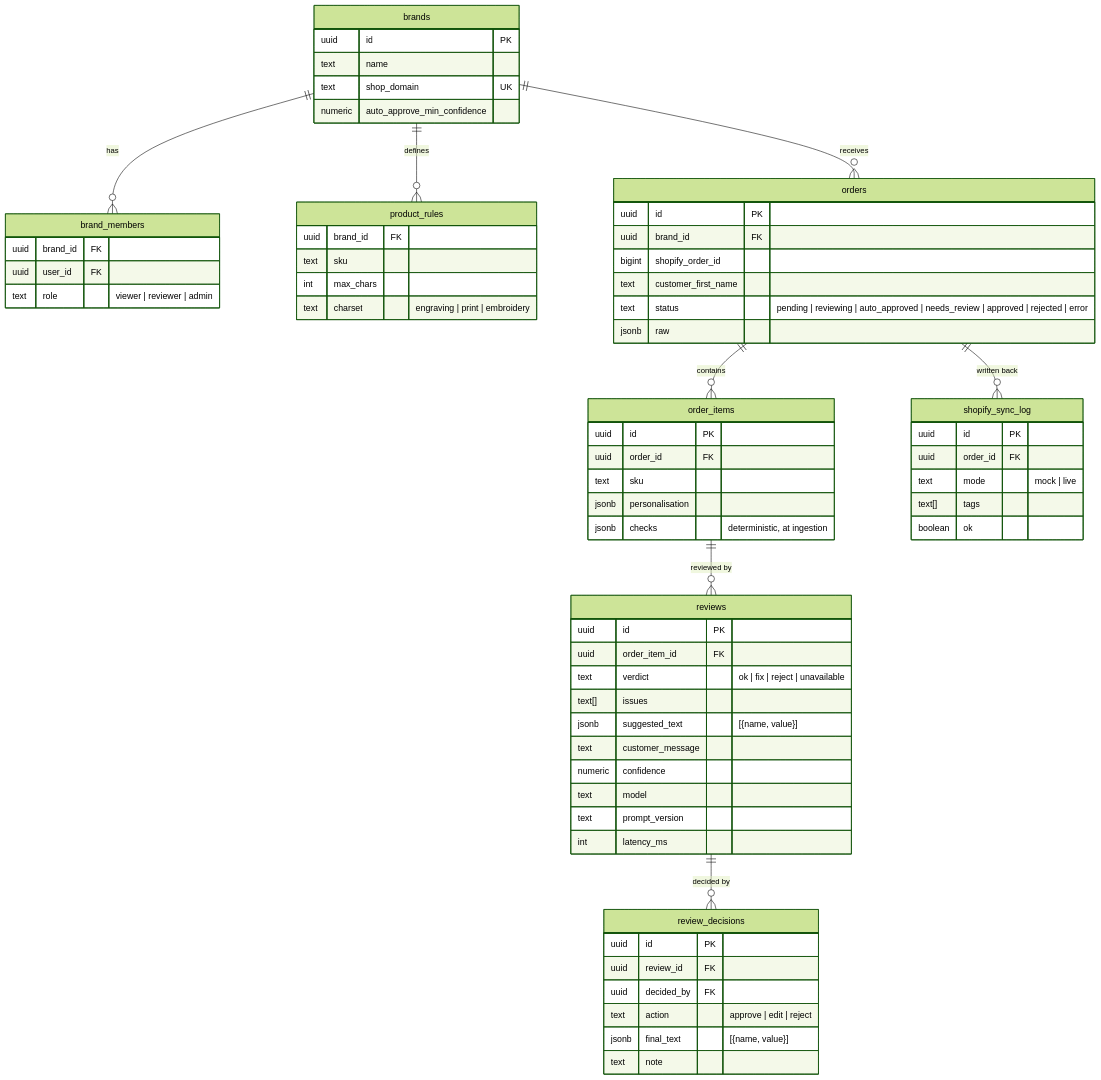
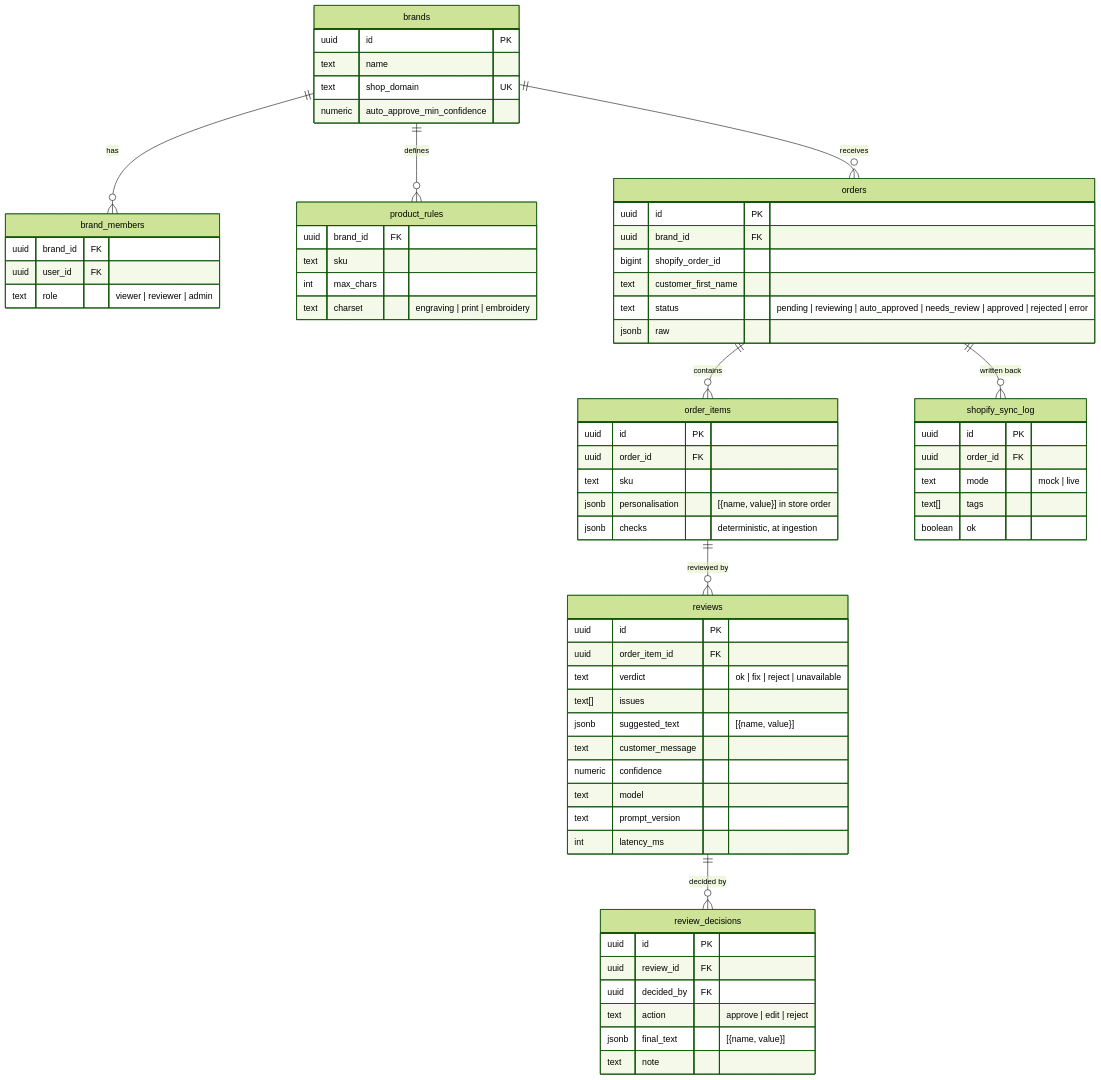
The third of 3 diagrams in docs/TDD.md (SamukDantas/order-ops-copilot), drawn with Mermaid (forest theme) before and after one commit. The commit also changed other lines of this file and 18 other files, not shown here.

First line of the commit message:
feat: personalização gravada como lista ordenada [{name, value}]

````diff
--- a/docs/TDD.md
+++ b/docs/TDD.md
@@ -108,69 +108,69 @@
 ```mermaid
 erDiagram
     brands ||--o{ brand_members : has
     brands ||--o{ product_rules : defines
     brands ||--o{ orders : receives
     orders ||--o{ order_items : contains
     orders ||--o{ shopify_sync_log : "written back"
     order_items ||--o{ reviews : "reviewed by"
     reviews ||--o{ review_decisions : "decided by"
     brands {
       uuid id PK
       text name
       text shop_domain UK
       numeric auto_approve_min_confidence
     }
     brand_members {
       uuid brand_id FK
       uuid user_id FK
       text role "viewer | reviewer | admin"
     }
     product_rules {
       uuid brand_id FK
       text sku
       int max_chars
       text charset "engraving | print | embroidery"
     }
     orders {
       uuid id PK
       uuid brand_id FK
       bigint shopify_order_id
       text customer_first_name
       text status "pending | reviewing | auto_approved | needs_review | approved | rejected | error"
       jsonb raw
     }
     order_items {
       uuid id PK
       uuid order_id FK
       text sku
-      jsonb personalisation
+      jsonb personalisation "[{name, value}] in store order"
       jsonb checks "deterministic, at ingestion"
     }
     reviews {
       uuid id PK
       uuid order_item_id FK
       text verdict "ok | fix | reject | unavailable"
       text[] issues
       jsonb suggested_text "[{name, value}]"
       text customer_message
       numeric confidence
       text model
       text prompt_version
       int latency_ms
     }
     review_decisions {
       uuid id PK
       uuid review_id FK
       uuid decided_by FK
       text action "approve | edit | reject"
       jsonb final_text "[{name, value}]"
       text note
     }
     shopify_sync_log {
       uuid id PK
       uuid order_id FK
       text mode "mock | live"
       text[] tags
       boolean ok
     }
 ```
````
